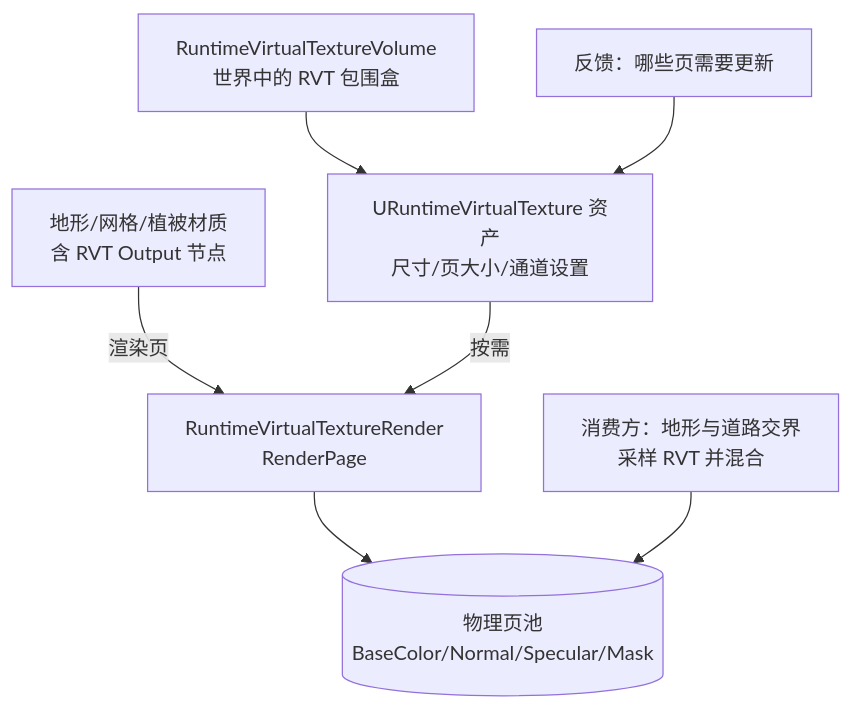
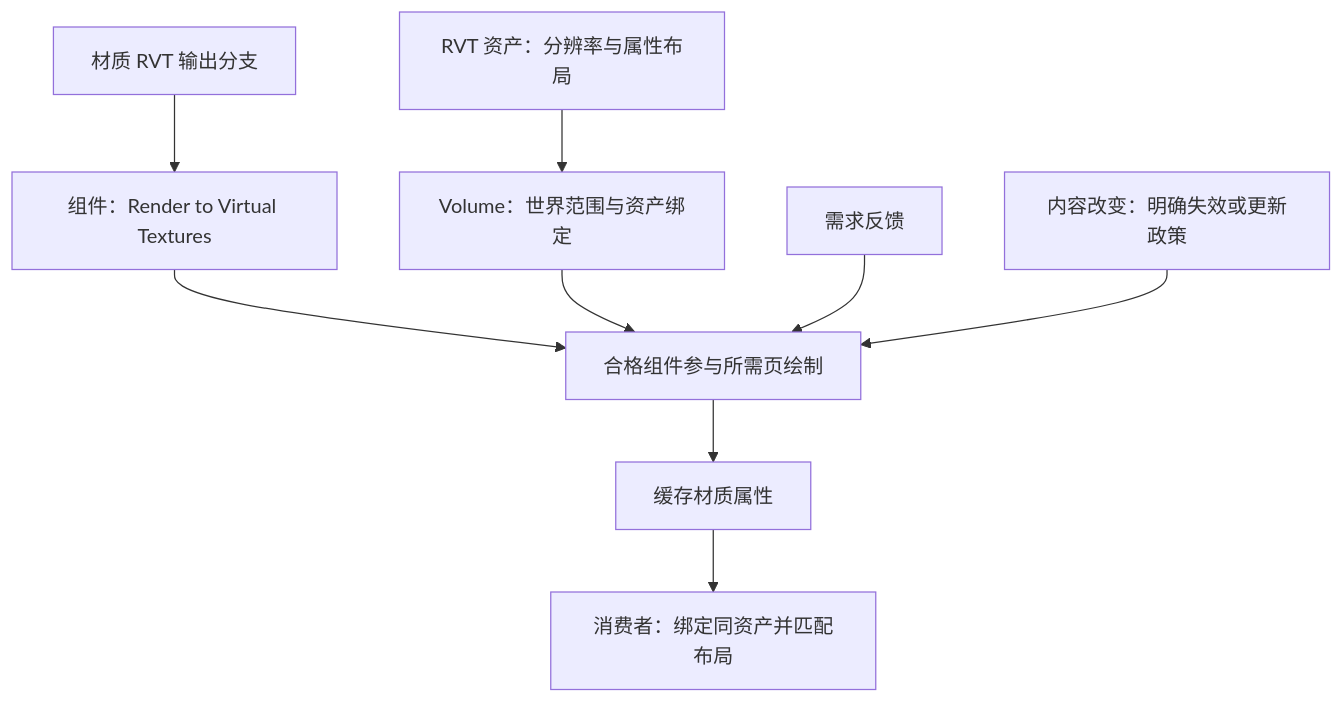
The third of 5 diagrams in 知识/04-图形动画与物理仿真/材质地形与世界表现/07-虚拟纹理与材质混合.md (fantuan812/learning), drawn with Mermaid before and after one commit. The commit also changed other lines of this file and 2 other files, not shown here.

````diff
--- a/知识/04-图形动画与物理仿真/材质地形与世界表现/07-虚拟纹理与材质混合.md
+++ b/知识/04-图形动画与物理仿真/材质地形与世界表现/07-虚拟纹理与材质混合.md
@@ -107,9 +144,11 @@
 ```mermaid
 flowchart TB
-    A[RuntimeVirtualTextureVolume<br/>世界中的 RVT 包围盒] --> B[URuntimeVirtualTexture 资产<br/>尺寸/页大小/通道设置]
-    C[地形/网格/植被材质<br/>含 RVT Output 节点] -->|渲染页| D[RuntimeVirtualTextureRender<br/>RenderPage]
-    D --> E[(物理页池<br/>BaseColor/Normal/Specular/Mask)]
-    F[消费方：地形与道路交界<br/>采样 RVT 并混合] --> E
-    G[反馈：哪些页需要更新] --> B
-    B -->|按需| D
+    A[RVT 资产：分辨率与属性布局] --> V[Volume：世界范围与资产绑定]
+    M[材质 RVT 输出分支] --> P[组件：Render to Virtual Textures]
+    P --> R[合格组件参与所需页绘制]
+    V --> R
+    R --> C[缓存材质属性]
+    C --> S[消费者：绑定同资产并匹配布局]
+    D[需求反馈] --> R
+    X[内容改变：明确失效或更新政策] --> R
 ```
````
